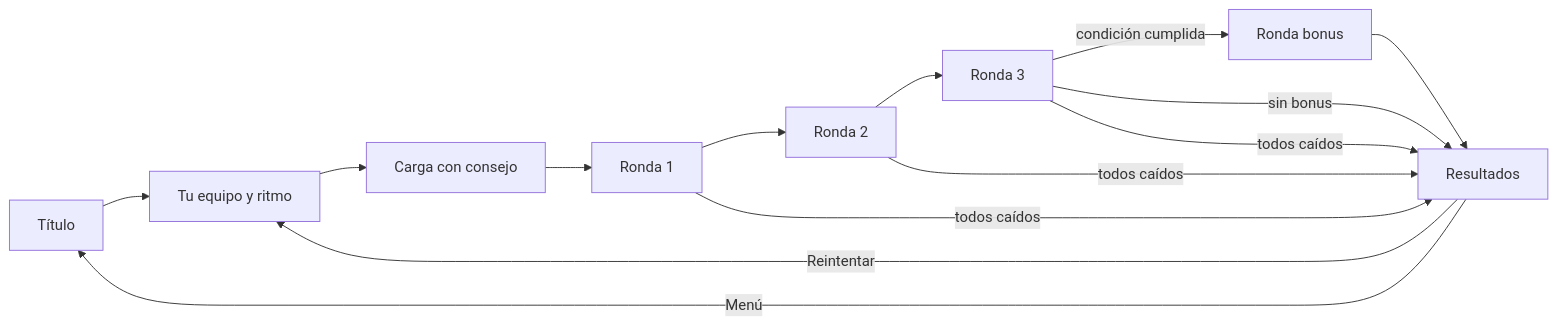
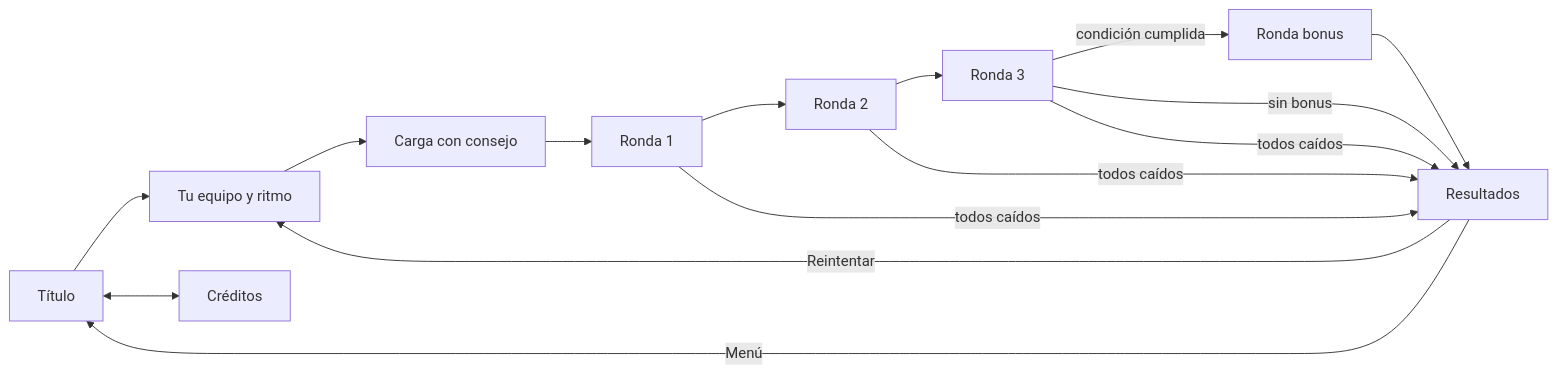
The first of 2 diagrams in docs/PRD.md (ZyFalo/card-game-snow), drawn with Mermaid before and after one commit. The commit also changed other lines of this file and 12 other files, not shown here.

````diff
--- a/docs/PRD.md
+++ b/docs/PRD.md
@@ -431,12 +431,13 @@
 ```mermaid
 flowchart LR
   T[Título] --> S[Tu equipo y ritmo]
+  T <--> C[Créditos]
   S --> L[Carga con consejo]
   L --> B1[Ronda 1] --> B2[Ronda 2] --> B3[Ronda 3]
   B3 -->|condición cumplida| BB[Ronda bonus]
   B3 -->|sin bonus| R[Resultados]
   BB --> R
   B1 & B2 & B3 -->|todos caídos| R
   R -->|Reintentar| S
   R -->|Menú| T
 ```
````
